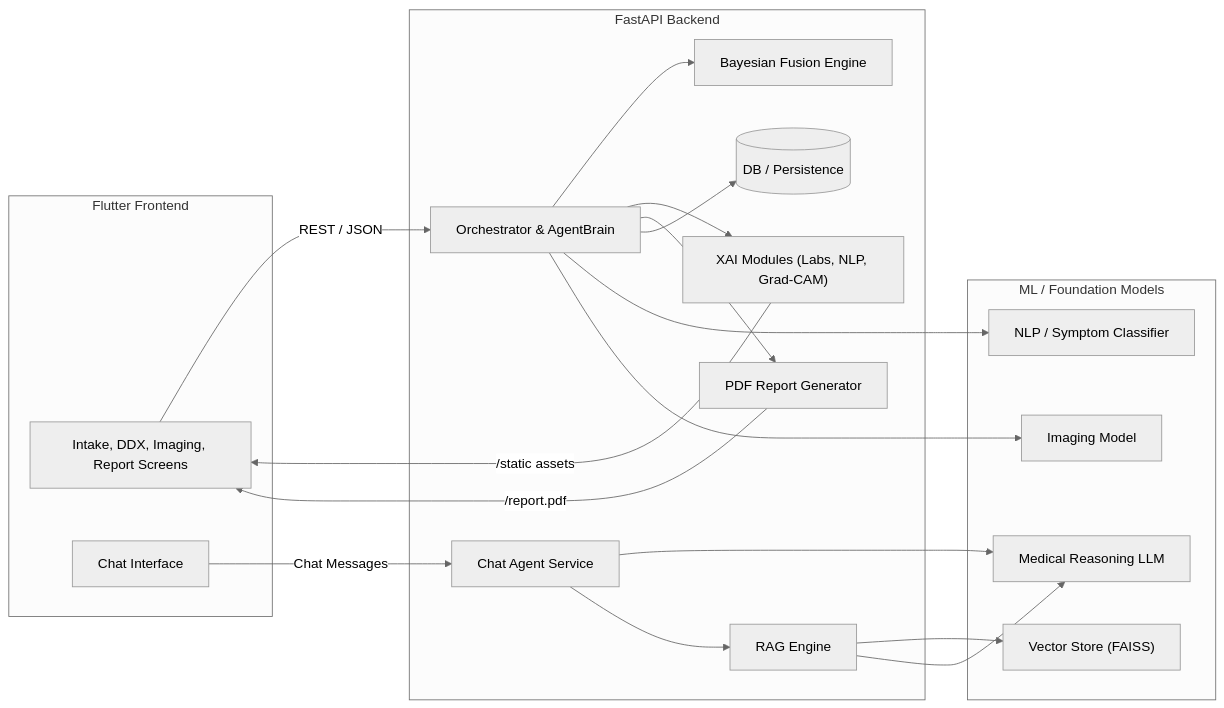
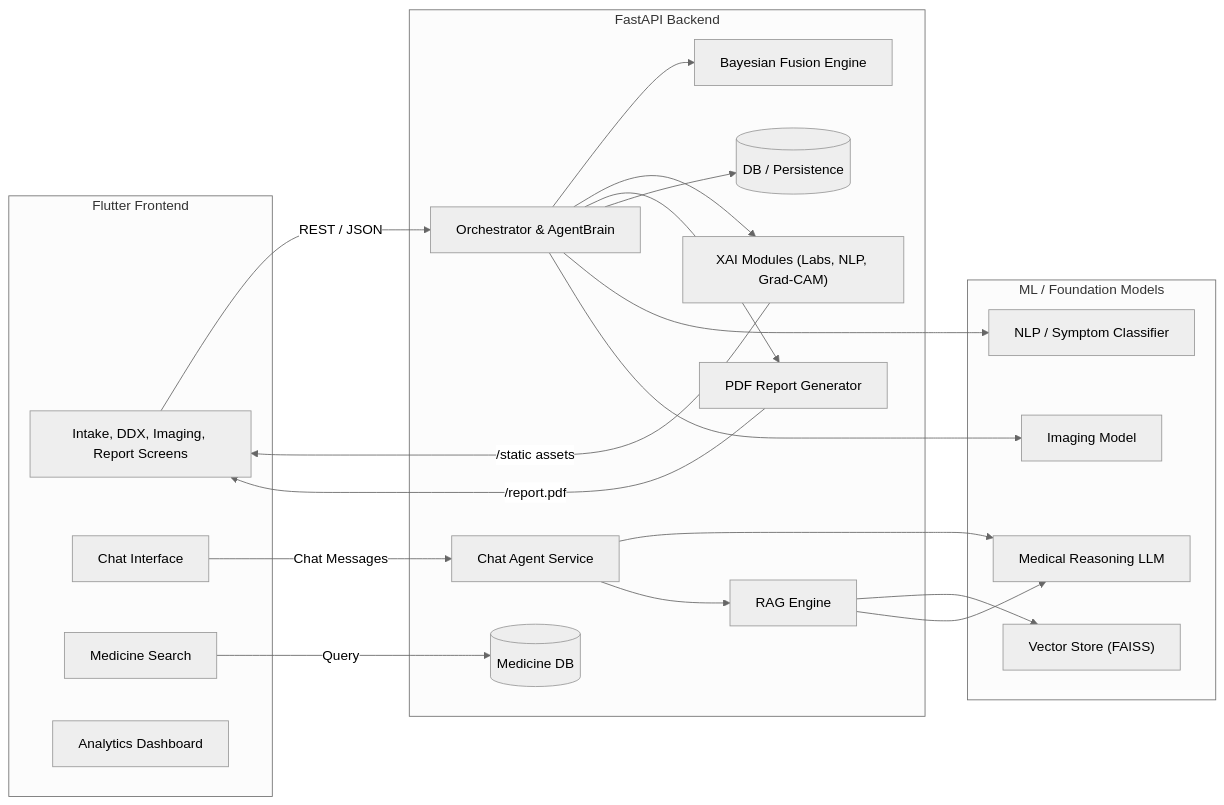
One commit to anaslari23/Multi-Modal-Health-AI-Agent-Guide changed the first of 4 diagrams in README.md. Above: the diagram before and after it, drawn with Mermaid (neutral theme). The commit also changed other lines of this file, not shown here.

Commit message:
feat: Add documentation for Medicine Search and Patient Analytics features, including new UI, API, database components, and a fine-tuning guide.

````diff
--- a/README.md
+++ b/README.md
@@ -16,39 +16,43 @@
 ```mermaid
 flowchart LR
     subgraph Client [Flutter Frontend]
         UI["Intake, DDX, Imaging, Report Screens"]
         CHAT["Chat Interface"]
+        SEARCH["Medicine Search"]
+        ANALYTICS["Analytics Dashboard"]
     end
 
     subgraph API [FastAPI Backend]
         ORCH["Orchestrator & AgentBrain"]
         AGENT["Chat Agent Service"]
         RAG["RAG Engine"]
         FUSION["Bayesian Fusion Engine"]
         XAI["XAI Modules (Labs, NLP, Grad-CAM)"]
         PDF["PDF Report Generator"]
         DB[("DB / Persistence")]
+        MED_DB[("Medicine DB")]
     end
 
     subgraph Models [ML / Foundation Models]
         LLM["Medical Reasoning LLM"]
         NLPModel["NLP / Symptom Classifier"]
         ImgModel["Imaging Model"]
         VectorStore["Vector Store (FAISS)"]
     end
 
     UI -->|REST / JSON| ORCH
     CHAT -->|Chat Messages| AGENT
+    SEARCH -->|Query| MED_DB
     ORCH --> FUSION
     ORCH --> XAI
     ORCH --> PDF
     ORCH --> DB
     ORCH --> NLPModel
     ORCH --> ImgModel
     AGENT --> LLM
     AGENT --> RAG
     RAG --> VectorStore
     RAG --> LLM
     PDF -->|/report.pdf| UI
     XAI -->|/static assets| UI
 ```
````
